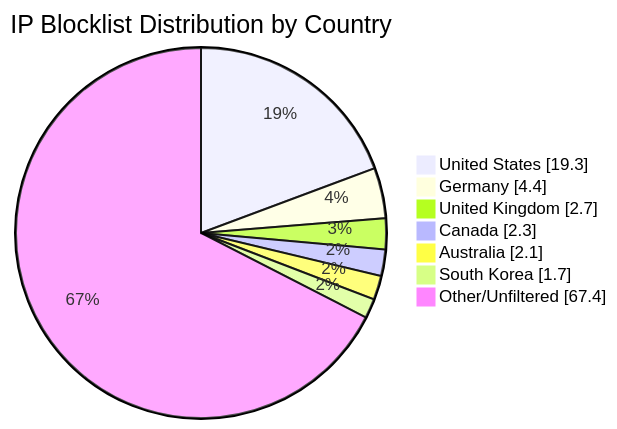
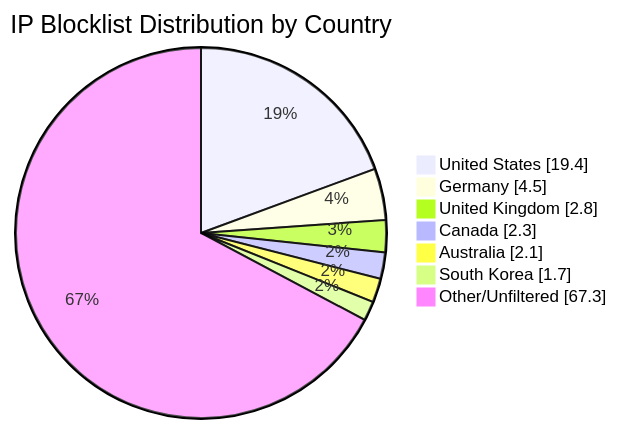
The diagram in README.md (MarcusHoltz/ipblocklist-geofiltered-aggregator), drawn with Mermaid before and after one commit. The commit also changed other lines of this file and 9 other files, not shown here.

````diff
--- a/README.md
+++ b/README.md
@@ -34,10 +34,10 @@
 ```mermaid
 pie showData title IP Blocklist Distribution by Country
-"United States" : 19.3
-"Germany" : 4.4
-"United Kingdom" : 2.7
+"United States" : 19.4
+"Germany" : 4.5
+"United Kingdom" : 2.8
 "Canada" : 2.3
 "Australia" : 2.1
 "South Korea" : 1.7
-"Other/Unfiltered" : 67.4
+"Other/Unfiltered" : 67.3
 ```
````
